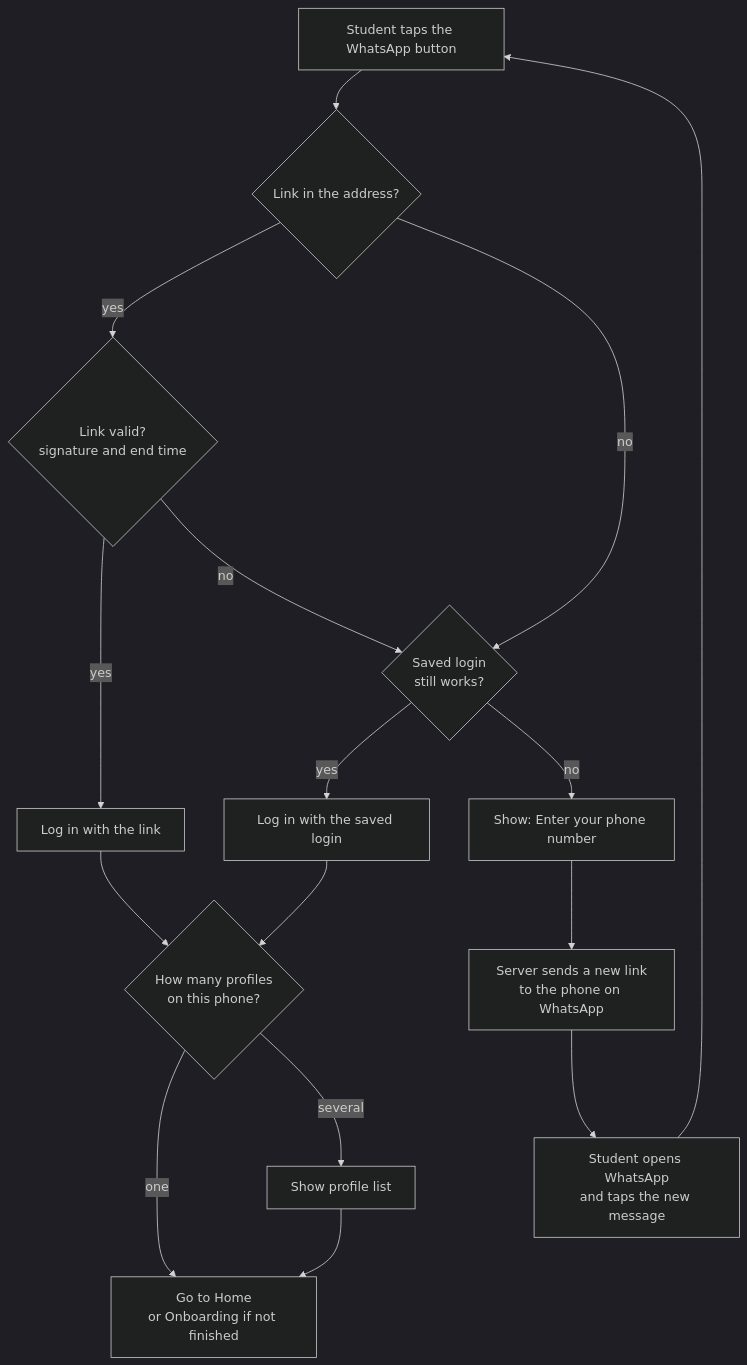
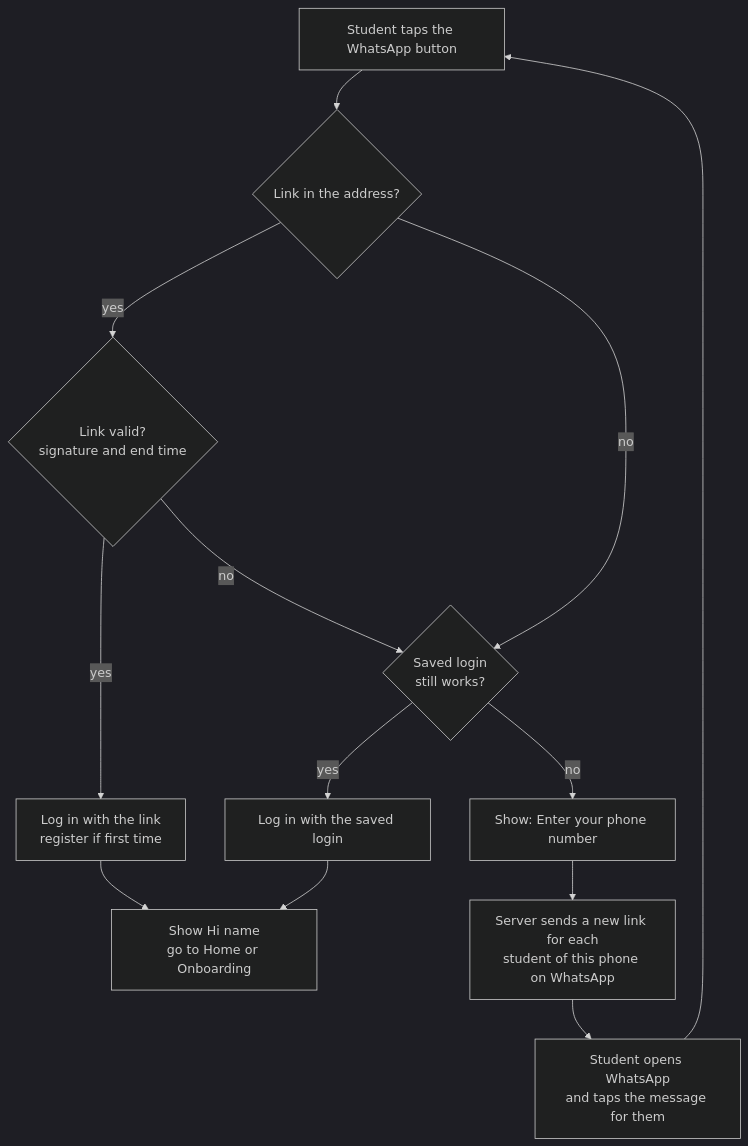
Before and after one commit to theapprenticeproject/flutter_native_webapp: the second of 3 diagrams in documentation/whatsapp-link-login.md, drawn with Mermaid (dark theme). The commit also changed other lines of this file and 2 other files, not shown here.

````diff
--- a/documentation/whatsapp-link-login.md
+++ b/documentation/whatsapp-link-login.md
@@ -172,18 +234,15 @@
 ```mermaid
 flowchart TD
   A[Student taps the WhatsApp button] --> B{Link in the address?}
   B -- yes --> C{Link valid?<br/>signature and end time}
   B -- no --> E
-  C -- yes --> D[Log in with the link]
+  C -- yes --> D[Log in with the link<br/>register if first time]
   C -- no --> E{Saved login<br/>still works?}
   E -- yes --> F[Log in with the saved login]
   E -- no --> G[Show: Enter your phone number]
-  D --> H{How many profiles<br/>on this phone?}
-  F --> H
-  H -- one --> I[Go to Home<br/>or Onboarding if not finished]
-  H -- several --> J[Show profile list]
-  J --> I
-  G --> K[Server sends a new link<br/>to the phone on WhatsApp]
-  K --> L[Student opens WhatsApp<br/>and taps the new message]
+  D --> I[Show Hi name<br/>go to Home or Onboarding]
+  F --> I
+  G --> K[Server sends a new link for each<br/>student of this phone on WhatsApp]
+  K --> L[Student opens WhatsApp<br/>and taps the message for them]
   L --> A
 ```
````
